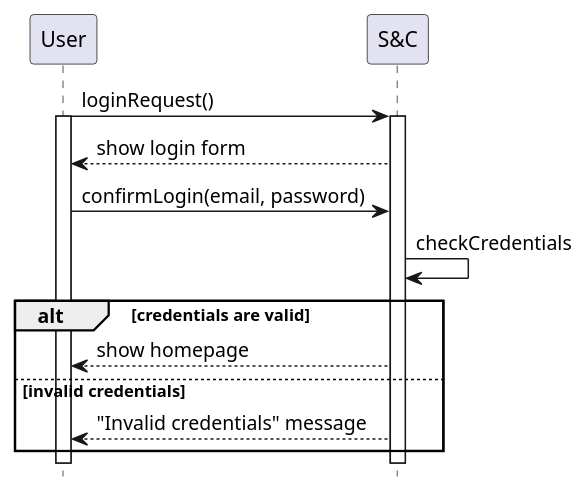
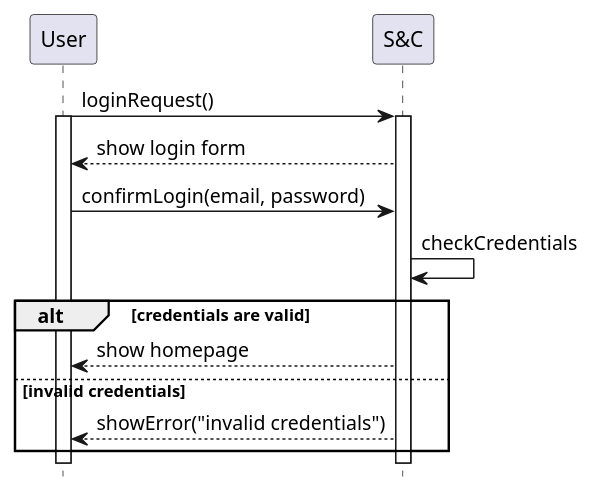
One commit to matti8702/R_and_DD_project_SE2 changed the diagram in RASD/Specific_requirements/uml_diagrams/UC4_diagram.puml. Above: the diagram before and after it, drawn with PlantUML. The commit also changed 7 other files, not shown here.

Commit message:
refactor: introduce showError and showMessage functions in sequence diagrams

```diff
--- a/RASD/Specific_requirements/uml_diagrams/UC4_diagram.puml
+++ b/RASD/Specific_requirements/uml_diagrams/UC4_diagram.puml
@@ -1,19 +1,19 @@
 @startuml UC4_diagram
 hide footbox
 
 participant User as U
 participant "S&C" AS S
 
 U -> S: loginRequest()
 activate S
 activate U
 S --> U: show login form
 U -> S: confirmLogin(email, password)
 
 S -> S: checkCredentials
 alt credentials are valid
     S --> U: show homepage
 else invalid credentials
-    S --> U: "Invalid credentials" message
+    S --> U: showError("invalid credentials")
 end
 @enduml
```
